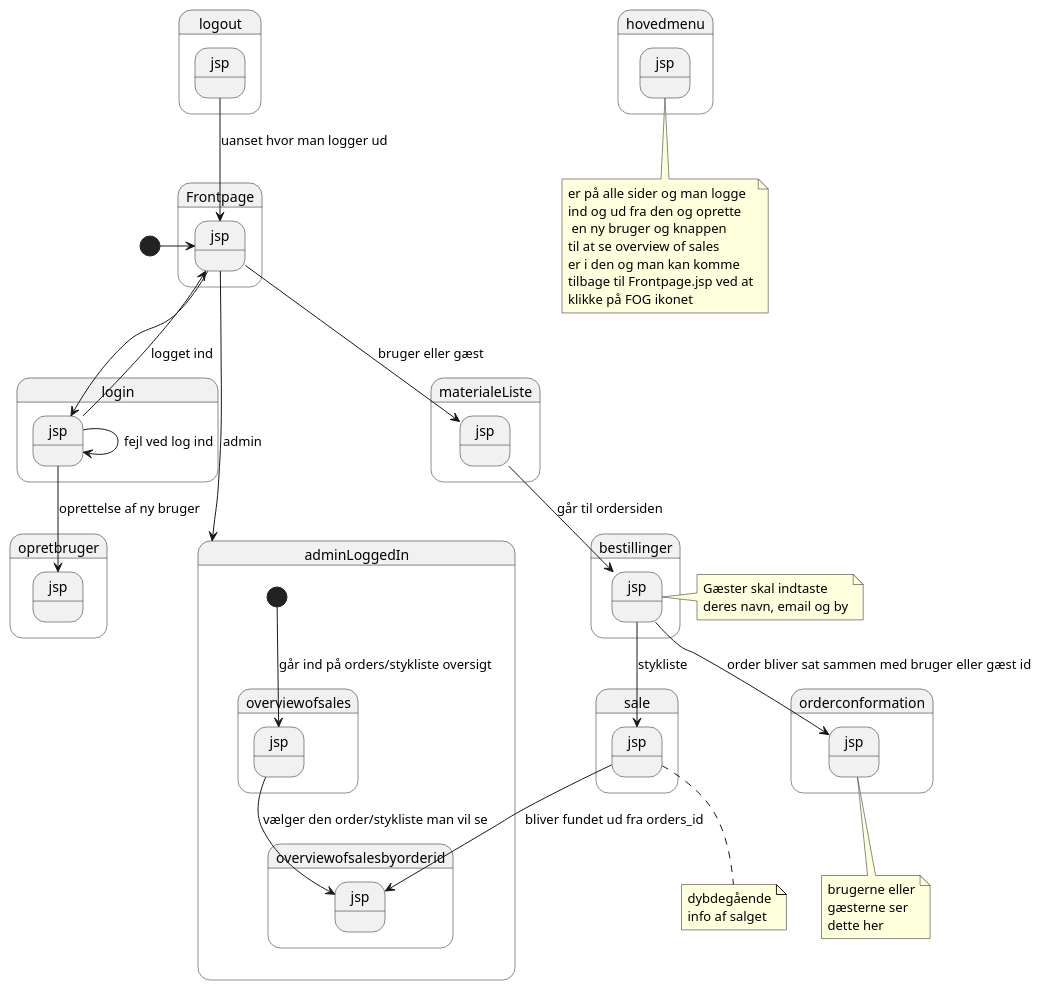
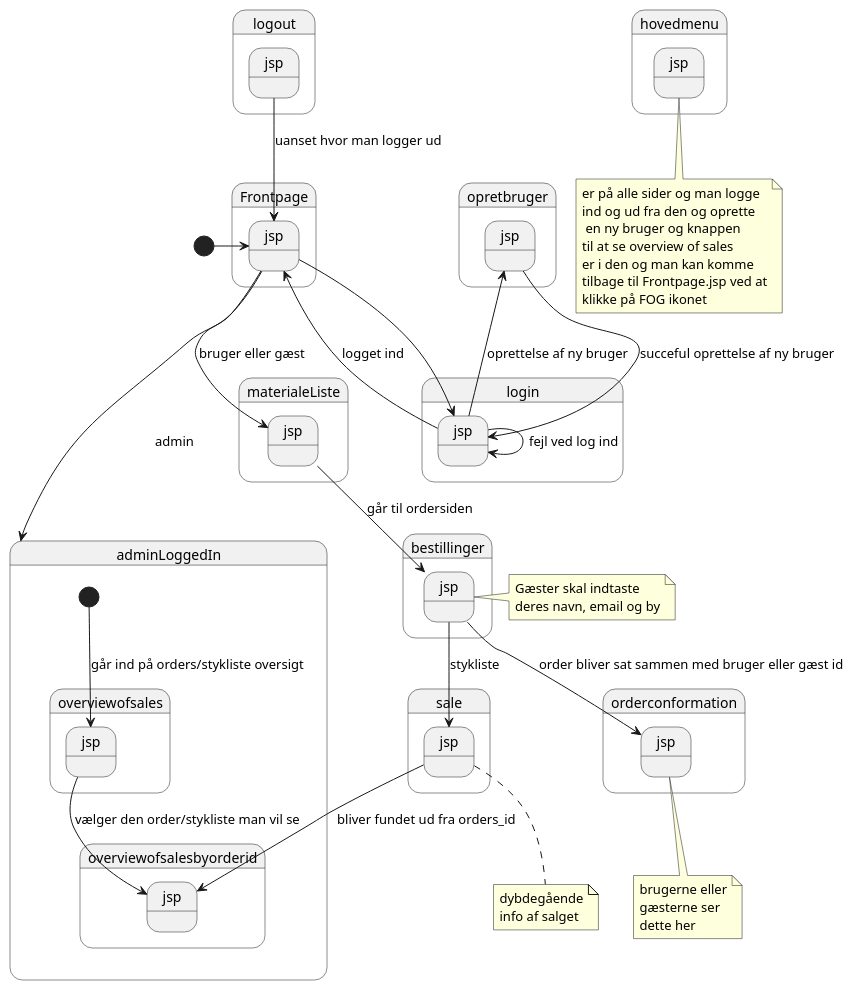
One commit to DarkDrinker/Carport-eksamensprojekt-2Sem changed the diagram in PlantUML/NavigationsDiagram.puml. Above: the diagram before and after it, drawn with PlantUML.

```diff
--- a/PlantUML/NavigationsDiagram.puml
+++ b/PlantUML/NavigationsDiagram.puml
@@ -1,65 +1,66 @@
 @startuml
 'https://plantuml.com/state-diagram
 
 state Frontpage.jsp
 state login.jsp
 state opretbruger.jsp
 state logout.jsp
 state hovedmenu.jsp
 
 
 
 note bottom of hovedmenu.jsp
  er på alle sider og man logge
  ind og ud fra den og oprette
   en ny bruger og knappen
  til at se overview of sales
  er i den og man kan komme
  tilbage til Frontpage.jsp ved at
  klikke på FOG ikonet
 end note
 
 
 
 [*] -right-> Frontpage.jsp
 Frontpage.jsp --> login.jsp
 login.jsp--> Frontpage.jsp :logget ind
 Frontpage.jsp-->adminLoggedIn : admin
 login.jsp --> login.jsp : fejl ved log ind
 login.jsp --> opretbruger.jsp : oprettelse af ny bruger
+opretbruger.jsp --> login.jsp : succeful oprettelse af ny bruger
 logout.jsp-->Frontpage.jsp : uanset hvor man logger ud
 
 
 
 Frontpage.jsp --> materialeListe.jsp : bruger eller gæst
   materialeListe.jsp --> bestillinger.jsp : går til ordersiden
   bestillinger.jsp-->orderconformation.jsp : order bliver sat sammen med bruger eller gæst id
   bestillinger.jsp-->sale.jsp : stykliste
 
 
 
 note bottom of orderconformation.jsp
 brugerne eller
 gæsterne ser
 dette her
 end note
 
 note bottom of sale.jsp
 dybdegående
 info af salget
 end note
 
 note right of bestillinger.jsp
 Gæster skal indtaste
 deres navn, email og by
 end note
 
 state adminLoggedIn{
 [*]-->overviewofsales.jsp : går ind på orders/stykliste oversigt
 overviewofsales.jsp -->overviewofsalesbyorderid.jsp : vælger den order/stykliste man vil se
 sale.jsp-->overviewofsalesbyorderid.jsp : bliver fundet ud fra orders_id
 }
 
 
 
 @enduml
```
